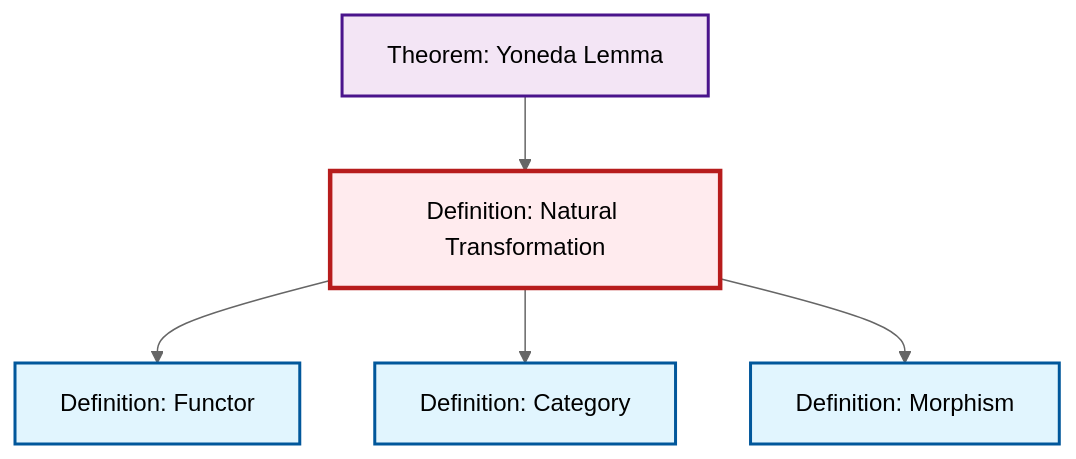
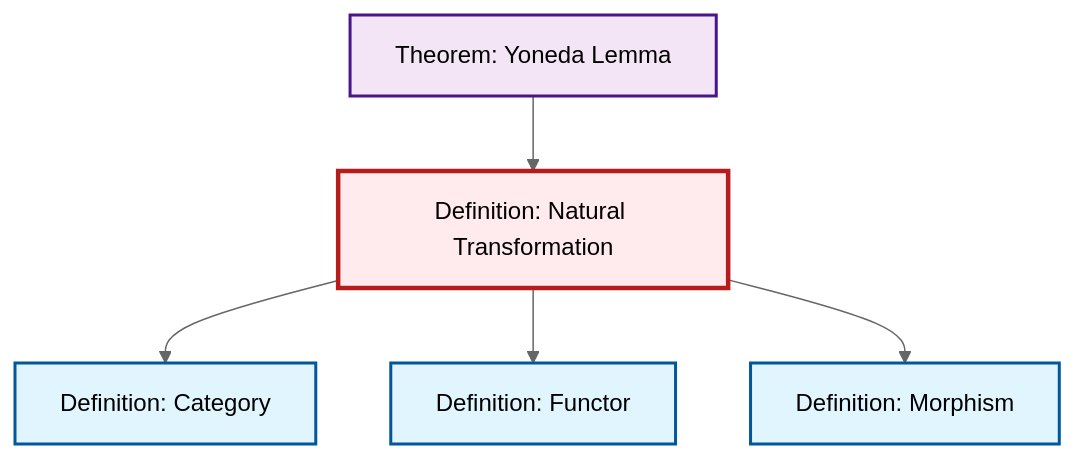
The diagram in content/en/category-theory/def-natural-transformation.qmd (RK0429/ModernMath), drawn with Mermaid (neutral theme) before and after one commit. The commit also changed other lines of this file and 531 other files, not shown here.

````diff
--- a/content/en/category-theory/def-natural-transformation.qmd
+++ b/content/en/category-theory/def-natural-transformation.qmd
@@ -59,23 +59,23 @@
 ```{mermaid}
 %%| fig-cap: "Local dependency graph"
 graph TD
     classDef definition fill:#e1f5fe,stroke:#01579b,stroke-width:2px
     classDef theorem fill:#f3e5f5,stroke:#4a148c,stroke-width:2px
     classDef axiom fill:#fff3e0,stroke:#e65100,stroke-width:2px
     classDef example fill:#e8f5e9,stroke:#1b5e20,stroke-width:2px
     classDef current fill:#ffebee,stroke:#b71c1c,stroke-width:3px
     def-natural-transformation["Definition: Natural Transformation"]:::definition
-    def-morphism["Definition: Morphism"]:::definition
-    def-category["Definition: Category"]:::definition
     def-functor["Definition: Functor"]:::definition
     thm-yoneda["Theorem: Yoneda Lemma"]:::theorem
-    def-natural-transformation --> def-functor
+    def-category["Definition: Category"]:::definition
+    def-morphism["Definition: Morphism"]:::definition
     def-natural-transformation --> def-category
     thm-yoneda --> def-natural-transformation
+    def-natural-transformation --> def-functor
     def-natural-transformation --> def-morphism
     class def-natural-transformation current
-    click def-morphism "def-morphism.html" "Go to Morphism definition"
-    click def-category "def-category.html" "Go to Category definition"
     click def-functor "def-functor.html" "Go to Functor definition"
     click thm-yoneda "thm-yoneda.html" "Go to Yoneda Lemma theorem"
+    click def-category "def-category.html" "Go to Category definition"
+    click def-morphism "def-morphism.html" "Go to Morphism definition"
 ```
````
